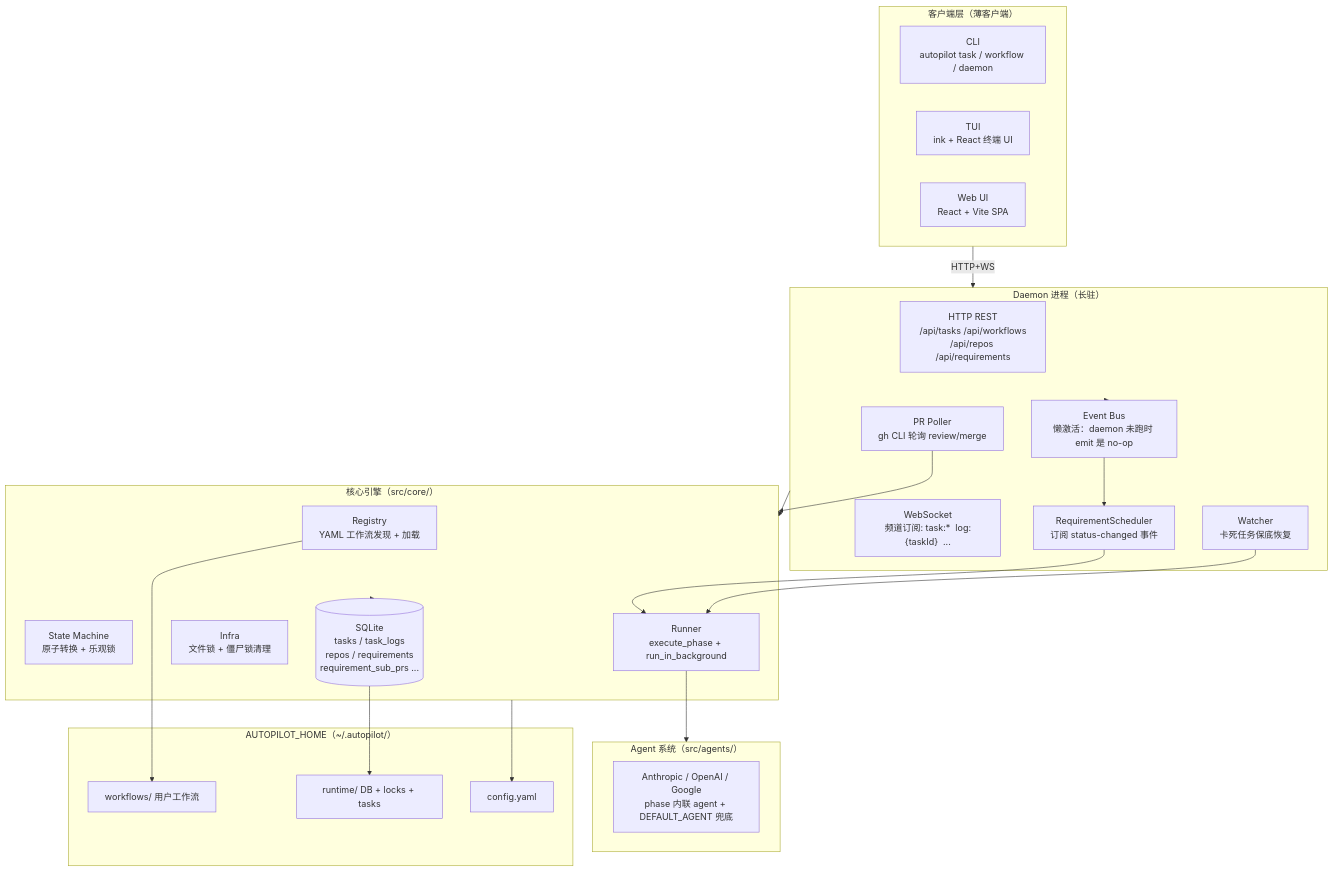
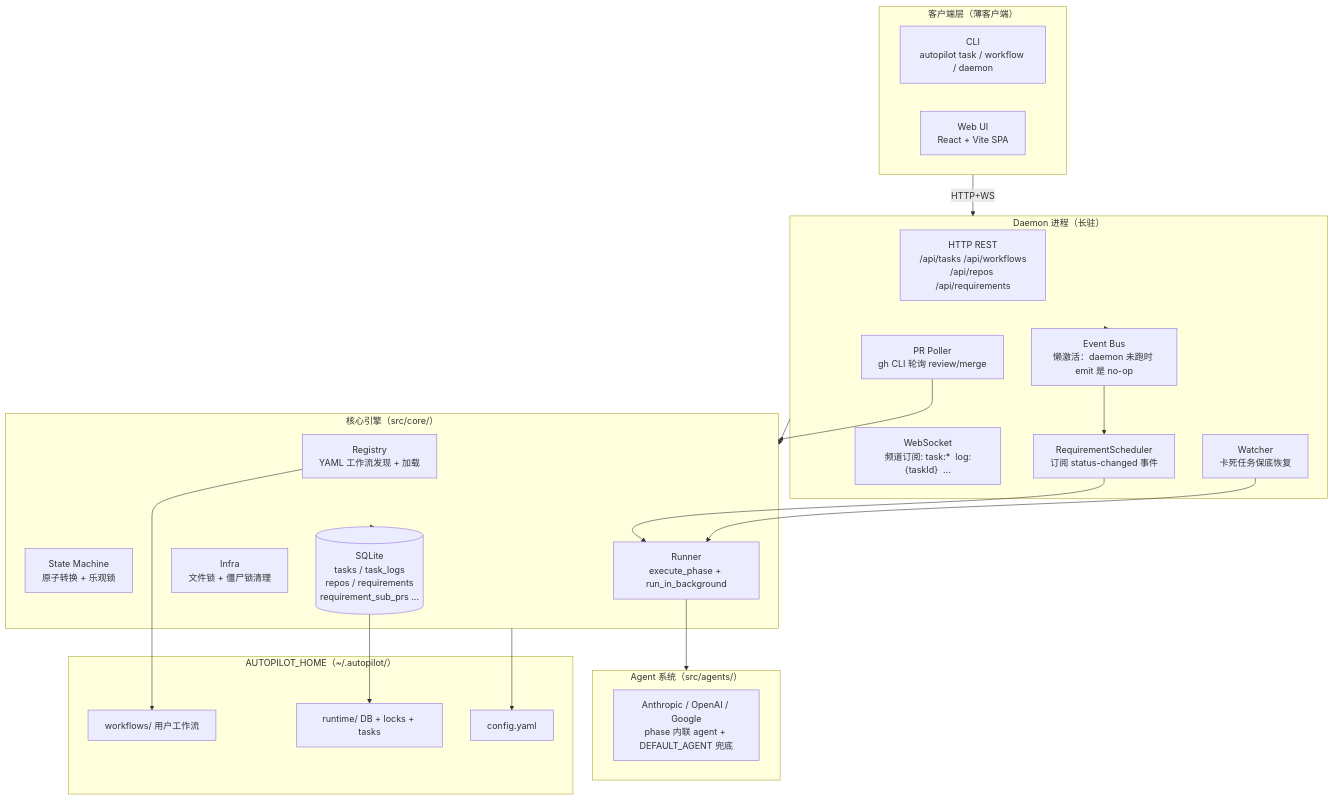
Before and after one commit to larrygogo/autopilot: the first of 2 diagrams in docs/architecture.md, drawn with Mermaid. The commit also changed other lines of this file and 24 other files, not shown here.

````diff
--- a/docs/architecture.md
+++ b/docs/architecture.md
@@ -13,48 +13,47 @@
 ```mermaid
 graph TB
     subgraph Clients["客户端层（薄客户端）"]
       CLI["CLI<br/>autopilot task / workflow / daemon"]
-      TUI["TUI<br/>ink + React 终端 UI"]
       WEB["Web UI<br/>React + Vite SPA"]
     end
 
     subgraph Daemon["Daemon 进程（长驻）"]
       HTTP["HTTP REST<br/>/api/tasks /api/workflows<br/>/api/repos /api/requirements"]
       WS["WebSocket<br/>频道订阅: task:*  log:{taskId}  ..."]
       EB["Event Bus<br/>懒激活：daemon 未跑时 emit 是 no-op"]
       RS["RequirementScheduler<br/>订阅 status-changed 事件"]
       PRP["PR Poller<br/>gh CLI 轮询 review/merge"]
       WCH["Watcher<br/>卡死任务保底恢复"]
     end
 
     subgraph Core["核心引擎（src/core/）"]
       Registry["Registry<br/>YAML 工作流发现 + 加载"]
       SM["State Machine<br/>原子转换 + 乐观锁"]
       Runner["Runner<br/>execute_phase + run_in_background"]
       Infra["Infra<br/>文件锁 + 僵尸锁清理"]
       DB[("SQLite<br/>tasks / task_logs<br/>repos / requirements<br/>requirement_sub_prs ...")]
     end
 
     subgraph Agents["Agent 系统（src/agents/）"]
       AG["Anthropic / OpenAI / Google<br/>phase 内联 agent + DEFAULT_AGENT 兜底"]
     end
 
     subgraph Home["AUTOPILOT_HOME（~/.autopilot/）"]
       WF["workflows/ 用户工作流"]
       RT["runtime/ DB + locks + tasks"]
       CFG["config.yaml"]
     end
 
     Clients -->|HTTP+WS| Daemon
     Daemon --> Core
     Runner --> Agents
     Core --> DB
     Daemon --> EB
     EB --> RS
     RS --> Runner
     PRP --> Core
     WCH --> Runner
     Registry --> WF
     DB --> RT
     Core --> CFG
 ```
````
